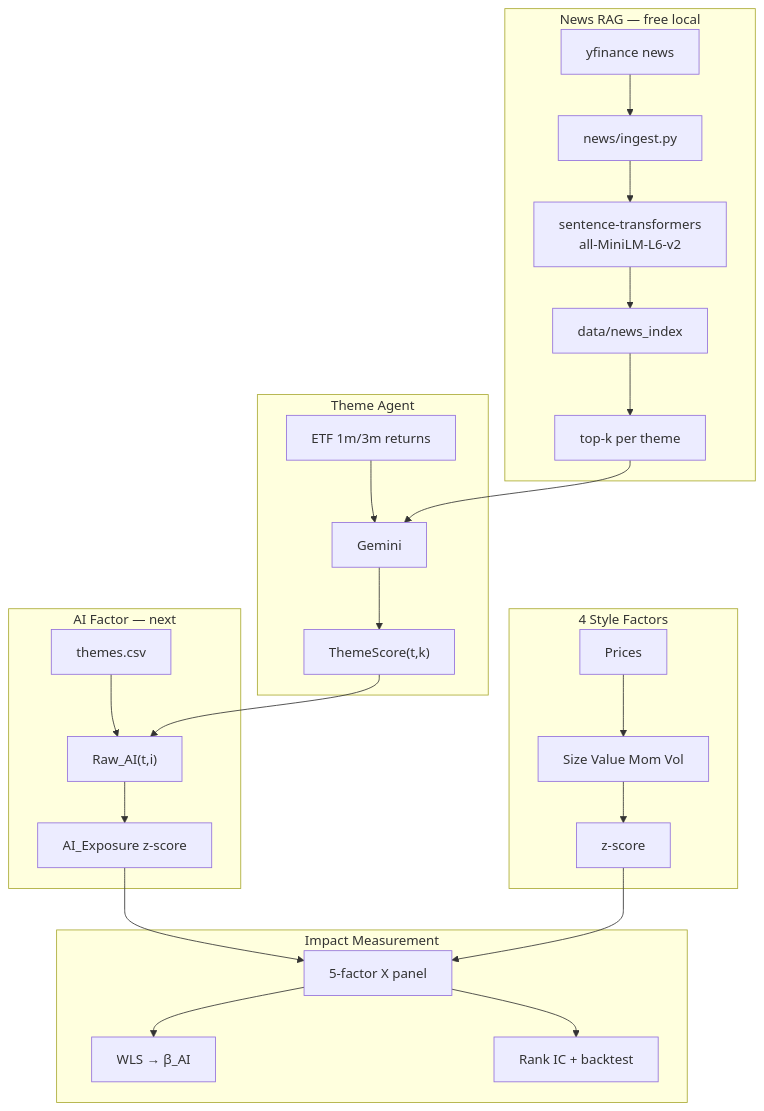
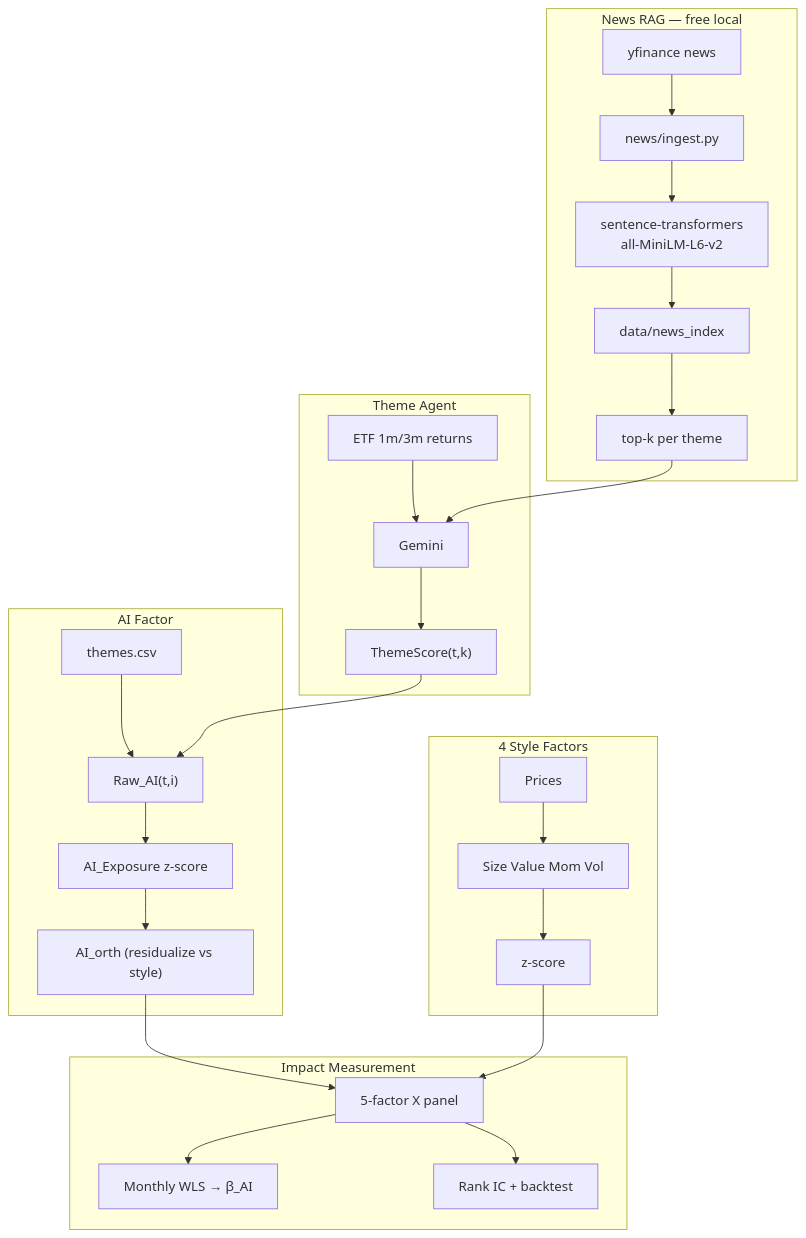
Before and after one commit to wanmingz/ai_factor_barra: the second of 3 diagrams in README.md, drawn with Mermaid. The commit also changed other lines of this file, not shown here.

````diff
--- a/README.md
+++ b/README.md
@@ -76,33 +168,34 @@
 ```mermaid
 flowchart TB
     subgraph rag [News RAG — free local]
         YFNews[yfinance news] --> Ingest[news/ingest.py]
         Ingest --> Embed["sentence-transformers<br/>all-MiniLM-L6-v2"]
         Embed --> Index[data/news_index]
         Index --> TopK[top-k per theme]
     end
 
     subgraph agent [Theme Agent]
         ETF[ETF 1m/3m returns] --> GEM[Gemini]
         TopK --> GEM
         GEM --> TS["ThemeScore(t,k)"]
     end
 
-    subgraph factor [AI Factor — next]
+    subgraph factor [AI Factor]
         CSV[themes.csv] --> RAW["Raw_AI(t,i)"]
         TS --> RAW
         RAW --> ZS[AI_Exposure z-score]
+        ZS --> ORTH["AI_orth (residualize vs style)"]
     end
 
     subgraph baseline [4 Style Factors]
         PX[Prices] --> F4[Size Value Mom Vol]
         F4 --> X4[z-score]
     end
 
     subgraph test [Impact Measurement]
-        ZS --> X5[5-factor X panel]
+        ORTH --> X5[5-factor X panel]
         X4 --> X5
-        X5 --> WLS["WLS → β_AI"]
+        X5 --> WLS["Monthly WLS → β_AI"]
         X5 --> ML[Rank IC + backtest]
     end
 ```
````
